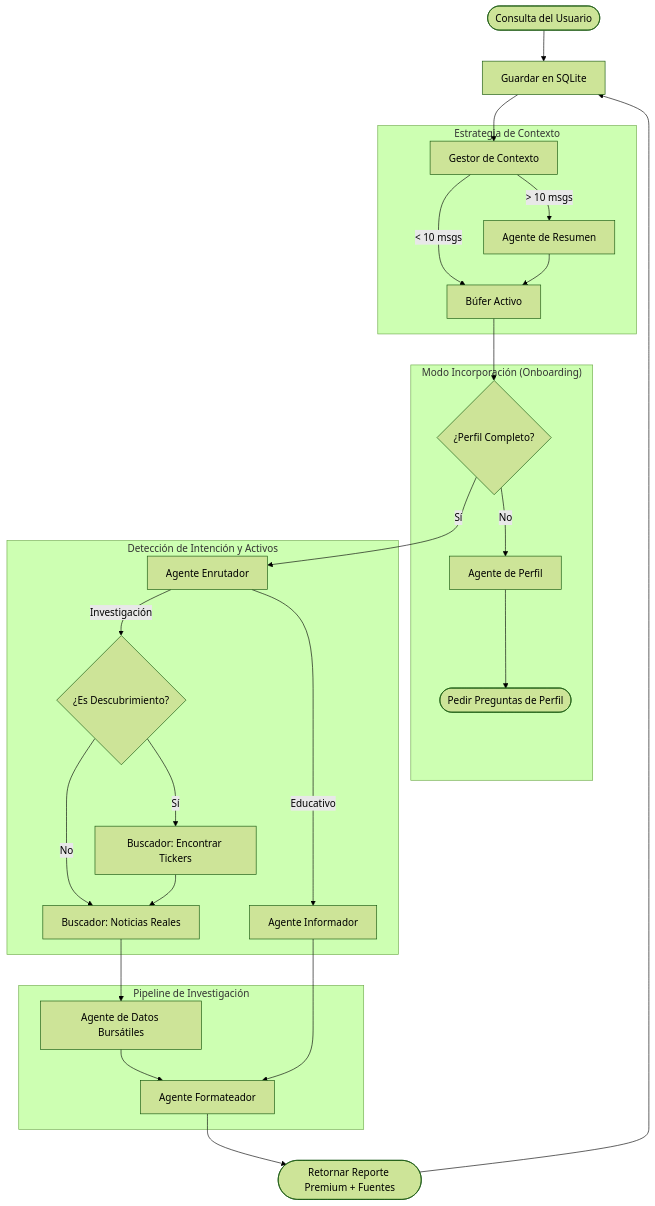
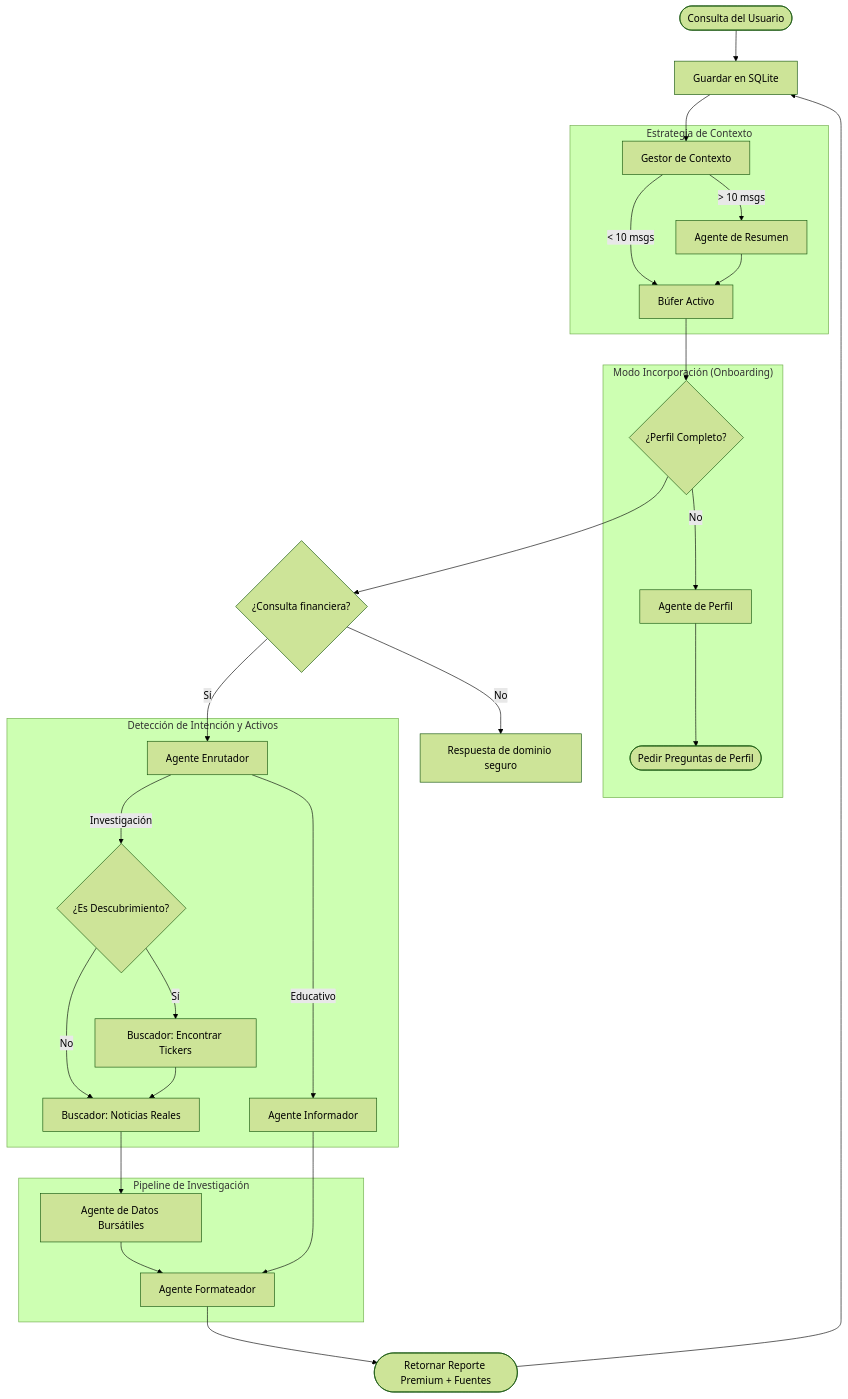
One commit to AlvaroG13191704/stock-agent changed the diagram in docs/arquitectura.md. Above: the diagram before and after it, drawn with Mermaid (forest theme). The commit also changed other lines of this file and 77 other files, not shown here.

````diff
--- a/docs/arquitectura.md
+++ b/docs/arquitectura.md
@@ -11,37 +11,39 @@
 ```mermaid
 graph TD
     User([Consulta del Usuario]) --> Store[Guardar en SQLite]
     Store --> Context[Gestor de Contexto]
     
     subgraph "Estrategia de Contexto"
     Context -- "> 10 msgs" --> Summary[Agente de Resumen]
     Context -- "< 10 msgs" --> Active[Búfer Activo]
     Summary --> Active
     end
 
     Active --> ProfileCheck{¿Perfil Completo?}
     
     subgraph "Modo Incorporación (Onboarding)"
     ProfileCheck -- "No" --> ProfileAgent[Agente de Perfil]
     ProfileAgent --> UserResponse([Pedir Preguntas de Perfil])
     end
 
-    ProfileCheck -- "Sí" --> Router[Agente Enrutador]
+    ProfileCheck --> Guardrail{¿Consulta financiera?}
+    Guardrail -- "No" --> SafeReply[Respuesta de dominio seguro]
+    Guardrail -- "Sí" --> Router[Agente Enrutador]
     
     subgraph "Detección de Intención y Activos"
     Router -- "Educativo" --> Informer[Agente Informador]
     Router -- "Investigación" --> IsDiscovery{¿Es Descubrimiento?}
     IsDiscovery -- "Sí" --> NewsDisc[Buscador: Encontrar Tickers]
     IsDiscovery -- "No" --> NewsSearch[Buscador: Noticias Reales]
     NewsDisc --> NewsSearch
     end
 
     subgraph "Pipeline de Investigación"
     NewsSearch --> StockData[Agente de Datos Bursátiles]
     StockData --> Formatter[Agente Formateador]
     end
 
     Informer --> Formatter
     Formatter --> FinalOutput([Retornar Reporte Premium + Fuentes])
     FinalOutput --> Store
 ```
````
